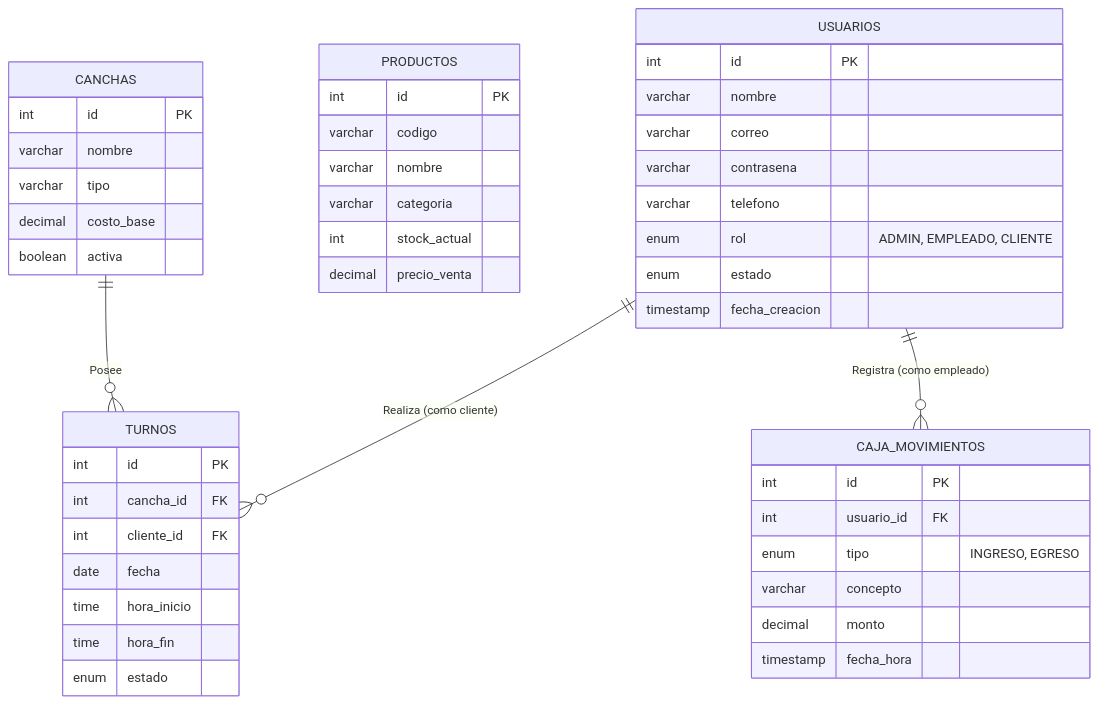
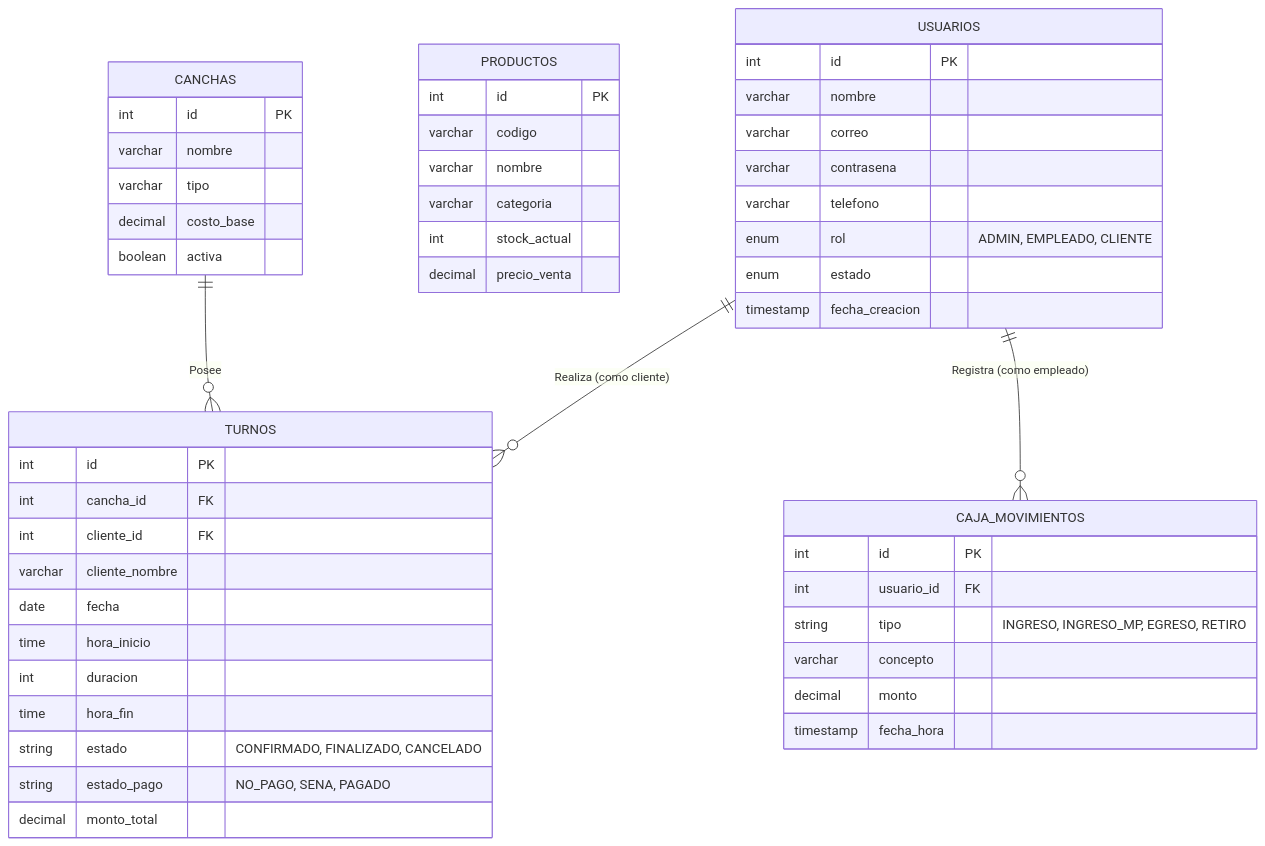
Before and after one commit to MiguelHerrera-13/Proyecto_Padel: the second of 3 diagrams in analisis_y_diseno.md, drawn with Mermaid. The commit also changed 20 other files, not shown here.

````diff
--- a/analisis_y_diseno.md
+++ b/analisis_y_diseno.md
@@ -74,54 +74,58 @@
 ```mermaid
 erDiagram
     USUARIOS {
         int id PK
         varchar nombre
         varchar correo
         varchar contrasena
         varchar telefono
         enum rol "ADMIN, EMPLEADO, CLIENTE"
         enum estado
         timestamp fecha_creacion
     }
 
     PRODUCTOS {
         int id PK
         varchar codigo
         varchar nombre
         varchar categoria
         int stock_actual
         decimal precio_venta
     }
 
     CANCHAS {
         int id PK
         varchar nombre
         varchar tipo
         decimal costo_base
         boolean activa
     }
 
     TURNOS {
         int id PK
         int cancha_id FK
         int cliente_id FK
+        varchar cliente_nombre
         date fecha
         time hora_inicio
+        int duracion
         time hora_fin
-        enum estado
+        string estado "CONFIRMADO, FINALIZADO, CANCELADO"
+        string estado_pago "NO_PAGO, SENA, PAGADO"
+        decimal monto_total
     }
 
     CAJA_MOVIMIENTOS {
         int id PK
         int usuario_id FK
-        enum tipo "INGRESO, EGRESO"
+        string tipo "INGRESO, INGRESO_MP, EGRESO, RETIRO"
         varchar concepto
         decimal monto
         timestamp fecha_hora
     }
 
     %% Relaciones
     USUARIOS ||--o{ TURNOS : "Realiza (como cliente)"
     CANCHAS ||--o{ TURNOS : "Posee"
     USUARIOS ||--o{ CAJA_MOVIMIENTOS : "Registra (como empleado)"
 ```
````
